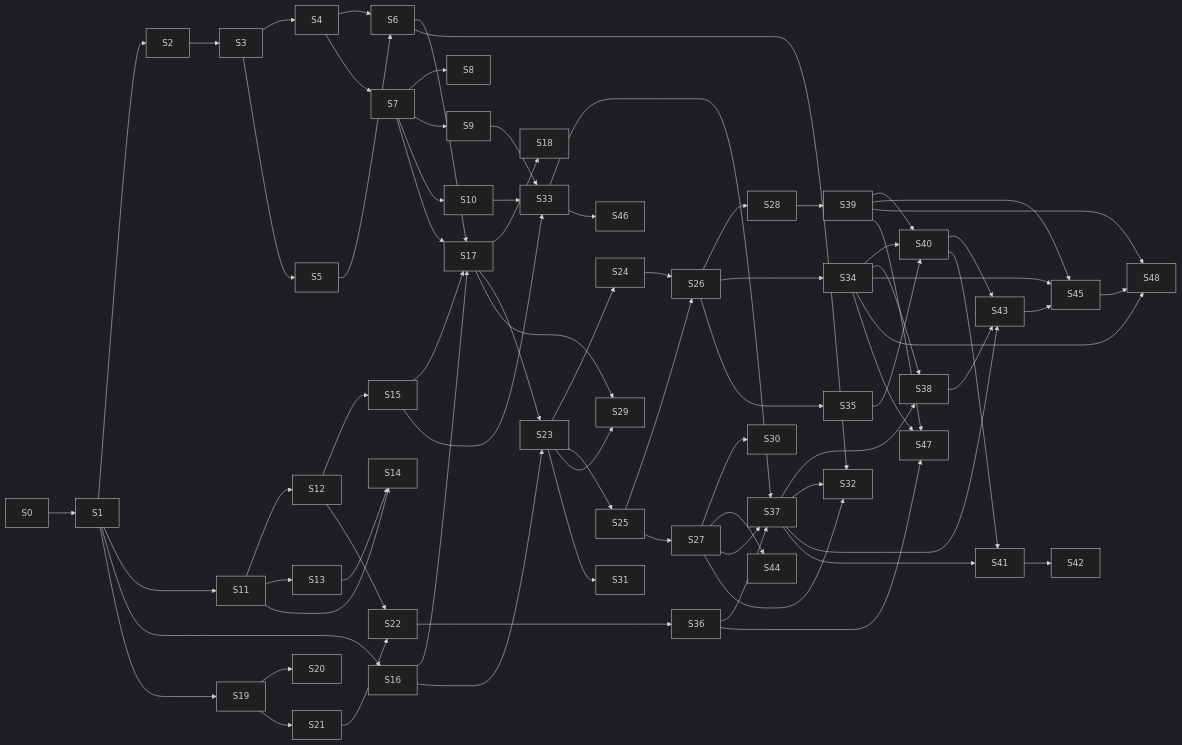
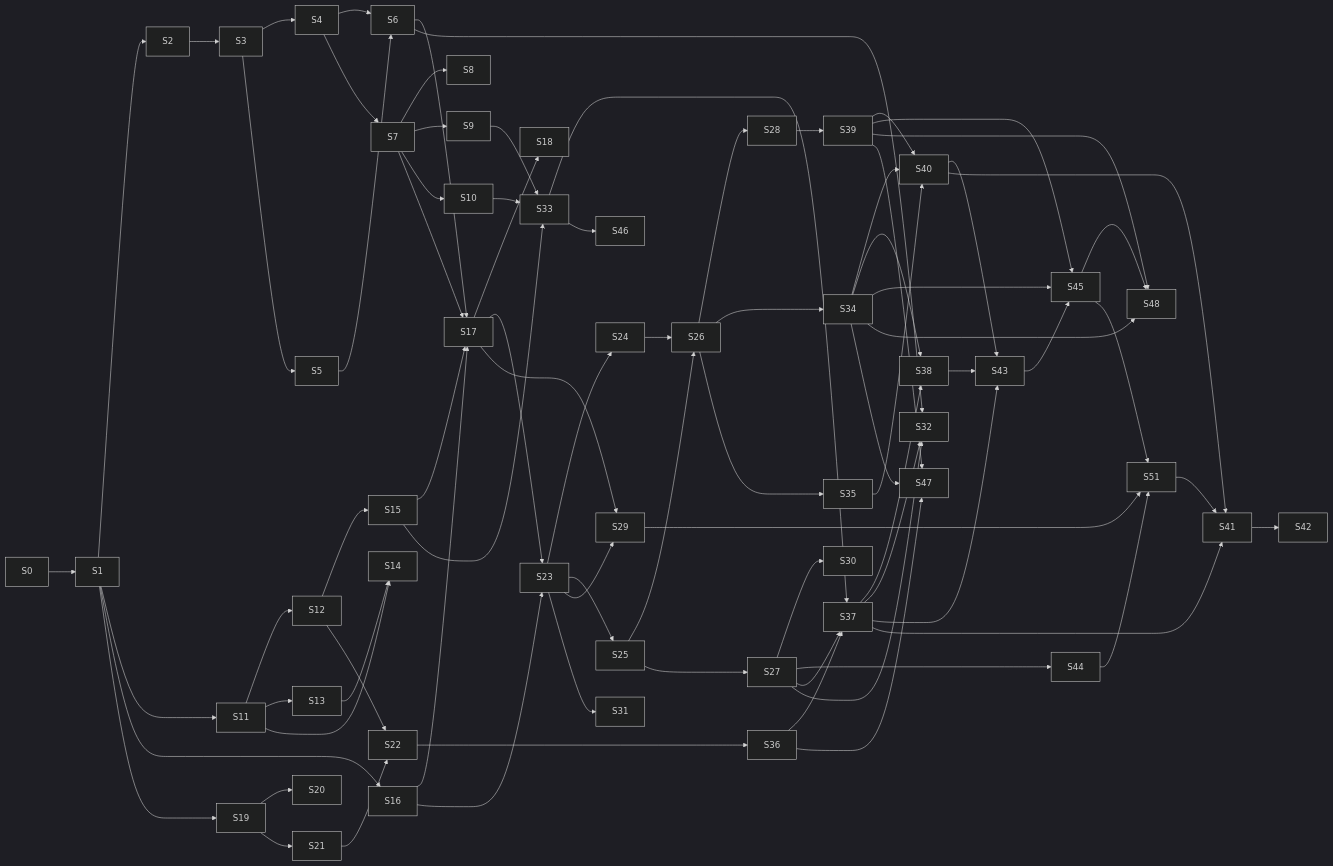
The diagram in IMPLEMENTATION_PLAN.md (flakesystems/PrismDMX), drawn with Mermaid (dark theme) before and after one commit. The commit also changed other lines of this file and 4 other files, not shown here.

````diff
--- a/IMPLEMENTATION_PLAN.md
+++ b/IMPLEMENTATION_PLAN.md
@@ -1186,35 +1227,36 @@
 ```mermaid
 flowchart LR
     S0 --> S1 --> S2 --> S3 --> S4 --> S6
     S3 --> S5 --> S6
     S4 --> S7 --> S8
     S7 --> S9 & S10
     S1 --> S11 --> S12 & S13
     S11 --> S14
     S13 --> S14
     S12 --> S15
     S1 --> S16
     S6 & S7 & S15 & S16 --> S17 --> S18
     S1 --> S19 --> S20
     S19 --> S21
     S12 & S21 --> S22
     S16 & S17 --> S23 --> S24 & S25
     S24 & S25 --> S26 --> S28 & S34 & S35
     S25 --> S27 --> S30
     S27 --> S44
     S17 & S23 --> S29
     S23 --> S31
     S28 --> S39
     S39 & S34 & S35 --> S40
     S9 & S10 & S15 --> S33
     S22 --> S36
     S33 & S36 & S27 --> S37 --> S38
     S34 --> S38
     S6 & S27 & S37 --> S32
     S37 & S40 & S38 --> S43 --> S45
     S34 & S39 --> S45
     S39 & S34 & S45 --> S48
     S33 --> S46
     S34 & S39 & S36 --> S47
-    S37 & S40 --> S41 --> S42
+    S29 & S44 & S45 --> S51
+    S37 & S40 & S51 --> S41 --> S42
 ```
````
